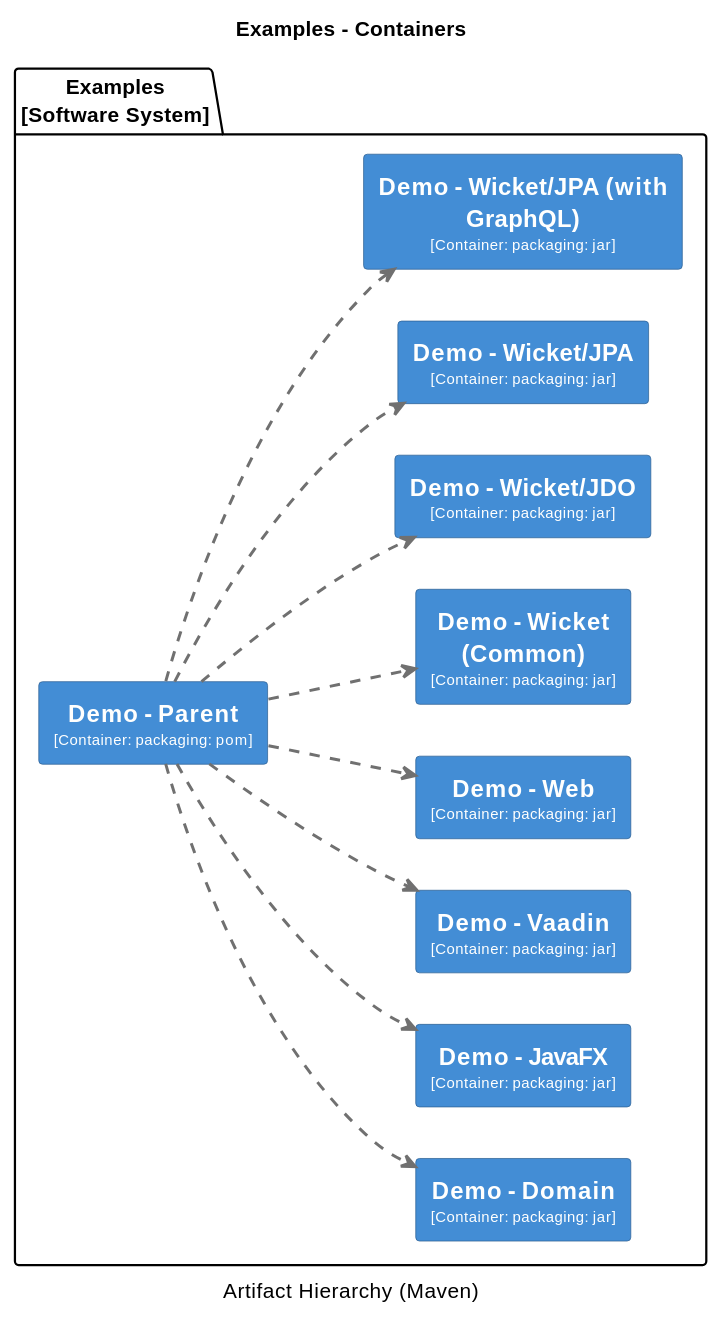
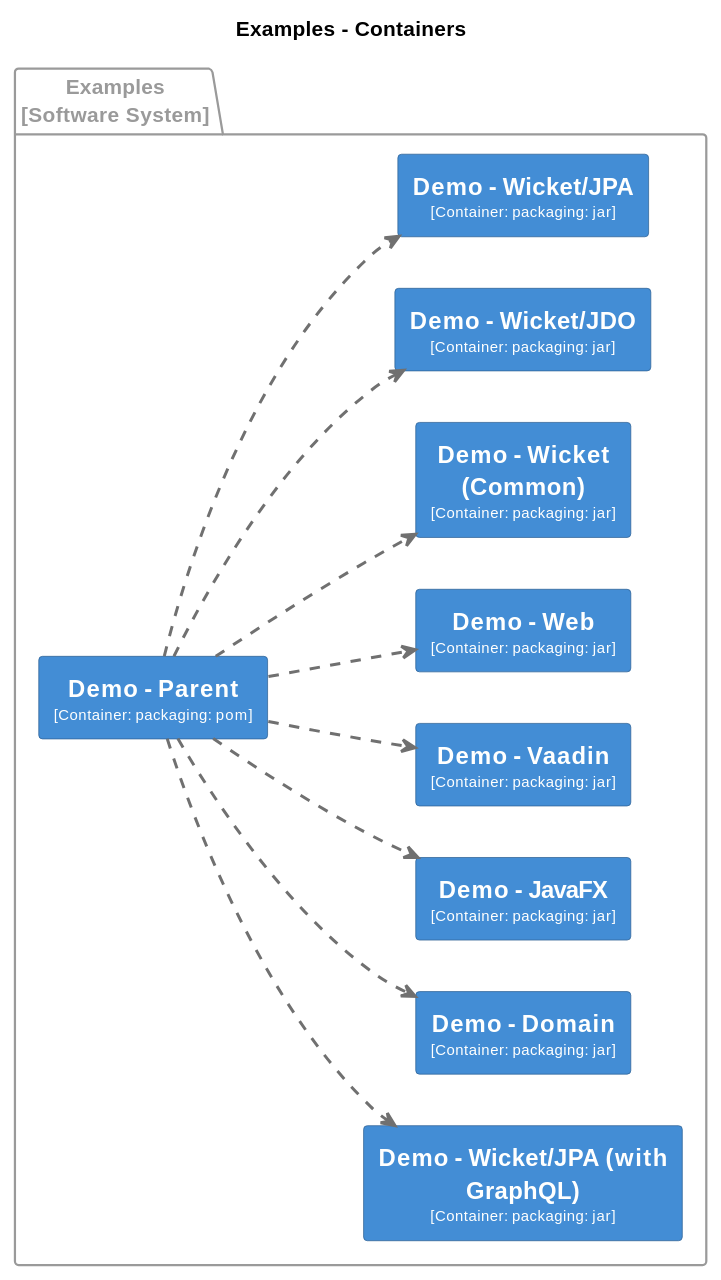
One commit to apache/causeway changed the fourth of 31 diagrams in core/adoc/modules/_overview/pages/about.adoc. Above: the diagram before and after it, drawn with PlantUML. The commit also changed other lines of this file and 7 other files, not shown here.

```diff
--- a/core/adoc/modules/_overview/pages/about.adoc
+++ b/core/adoc/modules/_overview/pages/about.adoc
@@ -626,8 +650,10 @@
 [plantuml,Examples,svg]
 ----
-@startuml(id=Examples)
+@startuml
+set separator none
 title Examples - Containers
-caption Artifact Hierarchy (Maven)
+
+left to right direction
 
 skinparam {
   shadowing false
@@ -636,71 +662,77 @@
   wrapWidth 200
   maxMessageSize 100
 }
+
 hide stereotype
-left to right direction
-skinparam rectangle<<2>> {
+
+skinparam rectangle<<Examples.DemoDomain>> {
   BackgroundColor #438dd5
   FontColor #fffffe
   BorderColor #2e6295
 }
-skinparam rectangle<<3>> {
+skinparam rectangle<<Examples.DemoJavaFX>> {
   BackgroundColor #438dd5
   FontColor #fffffe
   BorderColor #2e6295
 }
-skinparam rectangle<<4>> {
+skinparam rectangle<<Examples.DemoParent>> {
   BackgroundColor #438dd5
   FontColor #fffffe
   BorderColor #2e6295
 }
-skinparam rectangle<<5>> {
+skinparam rectangle<<Examples.DemoVaadin>> {
   BackgroundColor #438dd5
   FontColor #fffffe
   BorderColor #2e6295
 }
-skinparam rectangle<<6>> {
+skinparam rectangle<<Examples.DemoWeb>> {
   BackgroundColor #438dd5
   FontColor #fffffe
   BorderColor #2e6295
 }
-skinparam rectangle<<7>> {
+skinparam rectangle<<Examples.DemoWicketCommon>> {
   BackgroundColor #438dd5
   FontColor #fffffe
   BorderColor #2e6295
 }
-skinparam rectangle<<8>> {
+skinparam rectangle<<Examples.DemoWicketJDO>> {
   BackgroundColor #438dd5
   FontColor #fffffe
   BorderColor #2e6295
 }
-skinparam rectangle<<9>> {
+skinparam rectangle<<Examples.DemoWicketJPA>> {
   BackgroundColor #438dd5
   FontColor #fffffe
   BorderColor #2e6295
 }
-skinparam rectangle<<10>> {
+skinparam rectangle<<Examples.DemoWicketJPAwithGraphQL>> {
   BackgroundColor #438dd5
   FontColor #fffffe
   BorderColor #2e6295
 }
-package "Examples\n[Software System]" {
-  rectangle "==Demo - Domain\n<size:10>[Container: packaging: jar]</size>" <<3>> as 3
-  rectangle "==Demo - JavaFX\n<size:10>[Container: packaging: jar]</size>" <<4>> as 4
-  rectangle "==Demo - Parent\n<size:10>[Container: packaging: pom]</size>" <<2>> as 2
-  rectangle "==Demo - Vaadin\n<size:10>[Container: packaging: jar]</size>" <<5>> as 5
-  rectangle "==Demo - Web\n<size:10>[Container: packaging: jar]</size>" <<6>> as 6
-  rectangle "==Demo - Wicket (Common)\n<size:10>[Container: packaging: jar]</size>" <<7>> as 7
-  rectangle "==Demo - Wicket/JDO\n<size:10>[Container: packaging: jar]</size>" <<8>> as 8
-  rectangle "==Demo - Wicket/JPA\n<size:10>[Container: packaging: jar]</size>" <<9>> as 9
-  rectangle "==Demo - Wicket/JPA (with GraphQL)\n<size:10>[Container: packaging: jar]</size>" <<10>> as 10
+
+package "Examples\n[Software System]" <<Examples>> {
+  skinparam PackageBorderColor<<Examples>> #9a9a9a
+  skinparam PackageFontColor<<Examples>> #9a9a9a
+
+  rectangle "==Demo - Wicket/JPA (with GraphQL)\n<size:10>[Container: packaging: jar]</size>" <<Examples.DemoWicketJPAwithGraphQL>> as Examples.DemoWicketJPAwithGraphQL
+  rectangle "==Demo - Parent\n<size:10>[Container: packaging: pom]</size>" <<Examples.DemoParent>> as Examples.DemoParent
+  rectangle "==Demo - Domain\n<size:10>[Container: packaging: jar]</size>" <<Examples.DemoDomain>> as Examples.DemoDomain
+  rectangle "==Demo - JavaFX\n<size:10>[Container: packaging: jar]</size>" <<Examples.DemoJavaFX>> as Examples.DemoJavaFX
+  rectangle "==Demo - Vaadin\n<size:10>[Container: packaging: jar]</size>" <<Examples.DemoVaadin>> as Examples.DemoVaadin
+  rectangle "==Demo - Web\n<size:10>[Container: packaging: jar]</size>" <<Examples.DemoWeb>> as Examples.DemoWeb
+  rectangle "==Demo - Wicket (Common)\n<size:10>[Container: packaging: jar]</size>" <<Examples.DemoWicketCommon>> as Examples.DemoWicketCommon
+  rectangle "==Demo - Wicket/JDO\n<size:10>[Container: packaging: jar]</size>" <<Examples.DemoWicketJDO>> as Examples.DemoWicketJDO
+  rectangle "==Demo - Wicket/JPA\n<size:10>[Container: packaging: jar]</size>" <<Examples.DemoWicketJPA>> as Examples.DemoWicketJPA
 }
-2 .[#707070,thickness=2].> 3 : ""
-2 .[#707070,thickness=2].> 4 : ""
-2 .[#707070,thickness=2].> 5 : ""
-2 .[#707070,thickness=2].> 6 : ""
-2 .[#707070,thickness=2].> 7 : ""
-2 .[#707070,thickness=2].> 8 : ""
-2 .[#707070,thickness=2].> 9 : ""
-2 .[#707070,thickness=2].> 10 : ""
+
+Examples.DemoParent .[#707070,thickness=2].> Examples.DemoDomain : "<color:#707070>"
+Examples.DemoParent .[#707070,thickness=2].> Examples.DemoJavaFX : "<color:#707070>"
+Examples.DemoParent .[#707070,thickness=2].> Examples.DemoVaadin : "<color:#707070>"
+Examples.DemoParent .[#707070,thickness=2].> Examples.DemoWeb : "<color:#707070>"
+Examples.DemoParent .[#707070,thickness=2].> Examples.DemoWicketCommon : "<color:#707070>"
+Examples.DemoParent .[#707070,thickness=2].> Examples.DemoWicketJDO : "<color:#707070>"
+Examples.DemoParent .[#707070,thickness=2].> Examples.DemoWicketJPA : "<color:#707070>"
+Examples.DemoParent .[#707070,thickness=2].> Examples.DemoWicketJPAwithGraphQL : "<color:#707070>"
 @enduml
 ----
```
